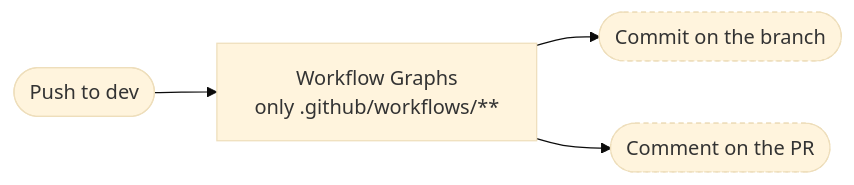
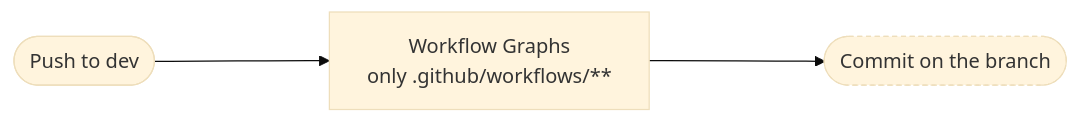
The fourth of 5 diagrams in .github/workflow-graphs/README.md (nfdi4health/dsSupportClient), drawn with Mermaid (base theme) before and after one commit. The commit also changed other lines of this file, not shown here.

Commit message:
docs: update workflow diagrams

````diff
--- a/.github/workflow-graphs/README.md
+++ b/.github/workflow-graphs/README.md
@@ -104,11 +108,10 @@
 ```mermaid
+%%{init: {"flowchart": {"rankSpacing": 140, "nodeSpacing": 45}}}%%
 flowchart LR
   ev(["Push to dev"])
   wf_workflow_graph_yml["Workflow Graphs<br/>only .github/workflows/#42;#42;"]
   ev --> wf_workflow_graph_yml
   out_1(["Commit on the branch"]):::outcome
-  out_2(["Comment on the PR"]):::outcome
   wf_workflow_graph_yml --> out_1
-  wf_workflow_graph_yml --> out_2
   classDef outcome stroke-dasharray: 4 3
 ```
````
